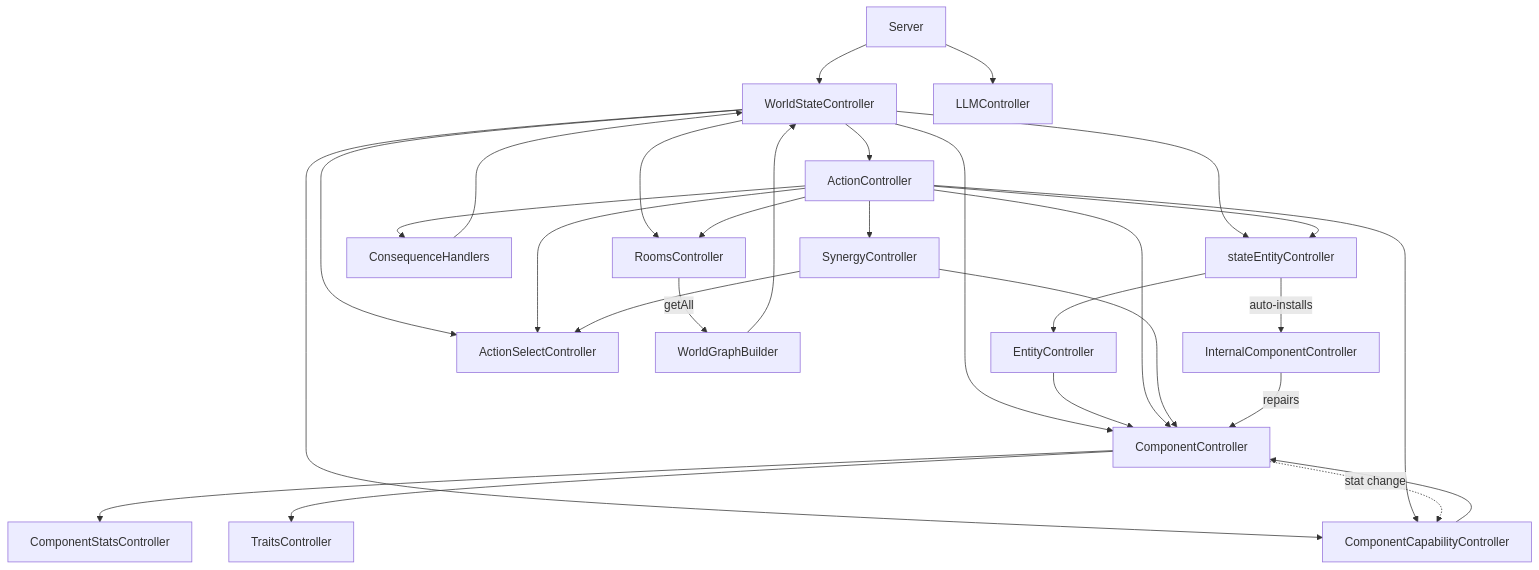
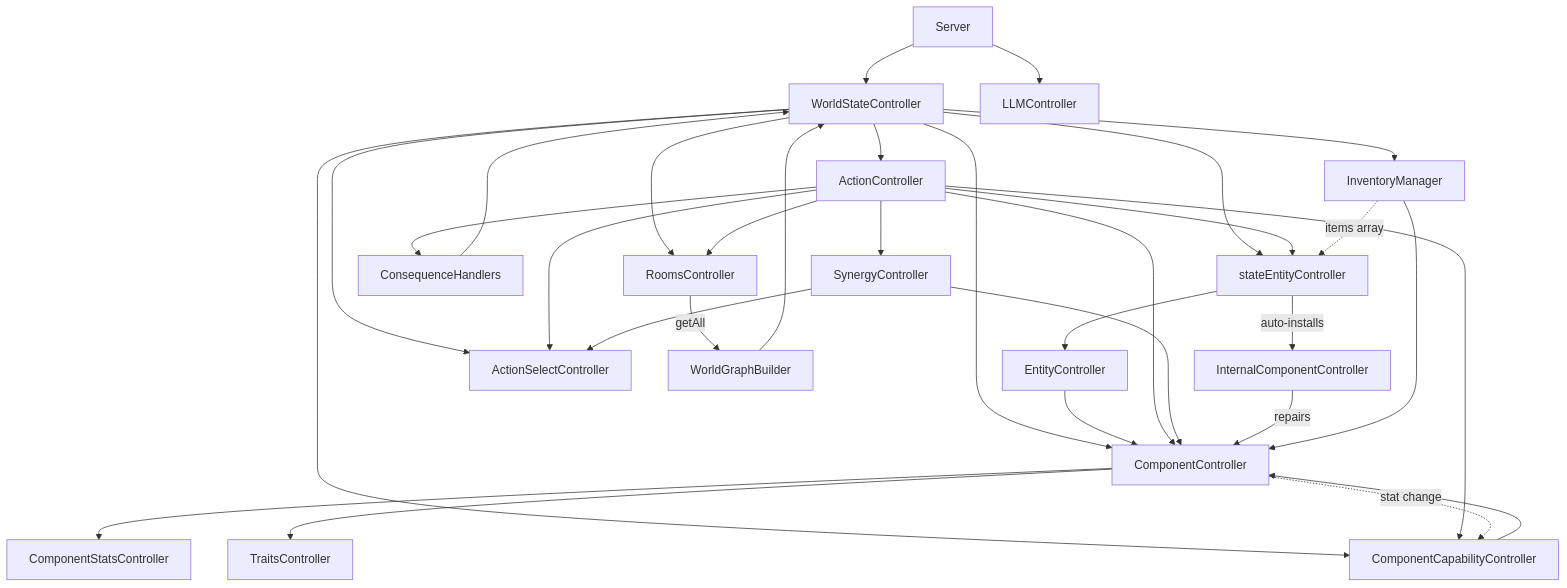
The diagram in wiki/map.md (Rhuan-P-Dev/slopSimulacrum), drawn with Mermaid before and after one commit. The commit also changed other lines of this file and 21 other files, not shown here.

First line of the commit message:
feat(inventory): add inventory system with data, styling, and manager

````diff
--- a/wiki/map.md
+++ b/wiki/map.md
@@ -13,55 +13,60 @@
 ```mermaid
 graph TD
     WSC[WorldStateController]
     CSC[ComponentStatsController]
     TC[TraitsController]
     CC[ComponentController]
     EC[EntityController]
     SEC[stateEntityController]
     RC[RoomsController]
     AC[ActionController]
     CCC[ComponentCapabilityController]
     CH[ConsequenceHandlers]
     SC[SynergyController]
     ASC[ActionSelectController]
     LLMC[LLMController]
     SVR[Server]
     WGB[WorldGraphBuilder]
     ICE[InternalComponentController]
+    INV[InventoryManager]
 
     SVR --> LLMC
     SVR --> WSC
 
     WSC --> RC
     WSC --> SEC
     WSC --> CC
     WSC --> AC
     WSC --> CCC
     WSC --> ASC
+    WSC --> INV
 
     AC --> CH
     AC --> CCC
     AC --> SC
     AC --> ASC
     SC --> ASC
     CH --> WSC
 
     SEC --> EC
     EC --> CC
     CC --> CSC
     CC --> TC
 
     AC --> SEC
     AC --> CC
     AC --> RC
     CCC --> CC
     SC --> CC
 
     RC -->|getAll| WGB
     WGB --> WSC
 
     CC -.->|stat change| CCC
 
     SEC -->|auto-installs| ICE
     ICE -->|repairs| CC
+
+    INV --> CC
+    INV -.->|items array| SEC
 ```
````
